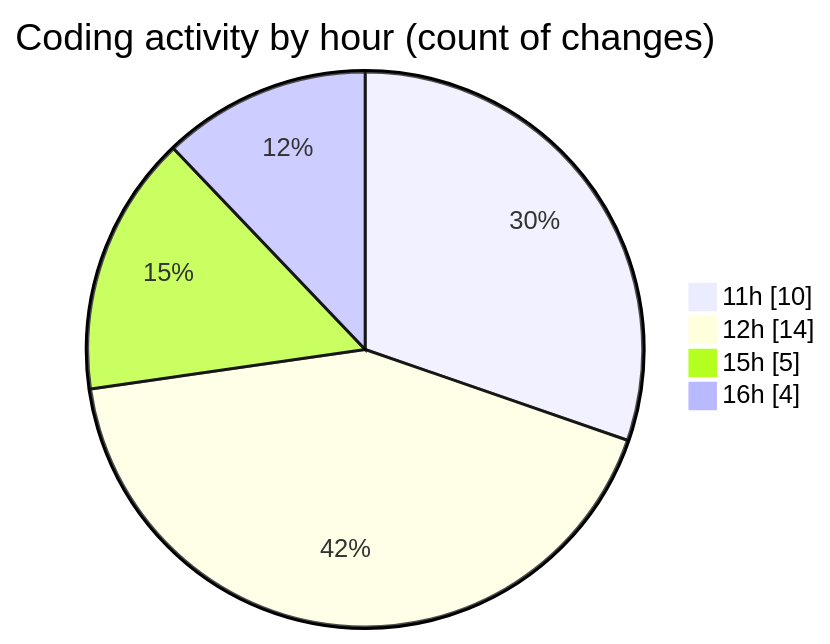
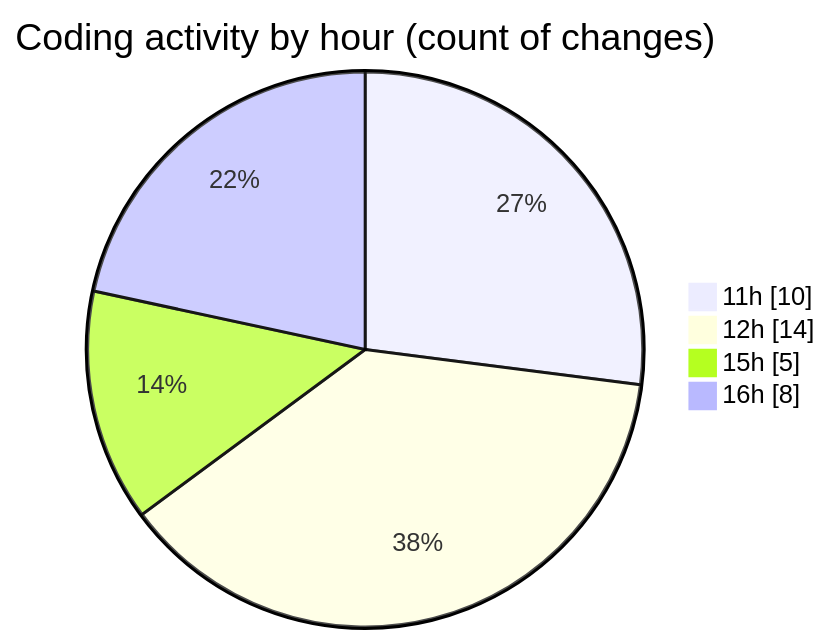
The second of 2 diagrams in 2025-09-24/plugins/README.md (debugP/code-tracking), drawn with Mermaid before and after one commit. The commit also changed other lines of this file and 1 other file, not shown here.

````diff
--- a/2025-09-24/plugins/README.md
+++ b/2025-09-24/plugins/README.md
@@ -28,8 +28,8 @@
 ```mermaid
 pie showData
 title Coding activity by hour (count of changes)
 "11h" : 10
 "12h" : 14
 "15h" : 5
-"16h" : 4
+"16h" : 8
 ```
````
